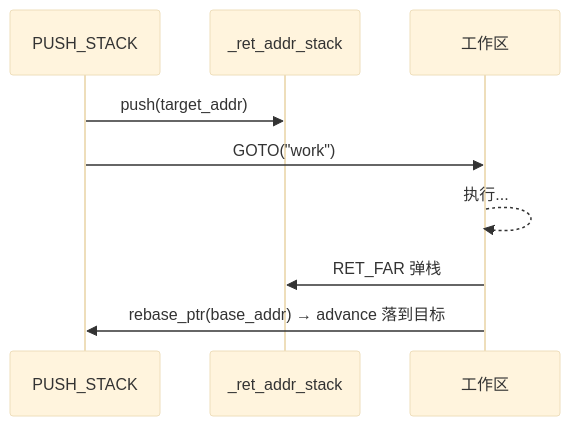
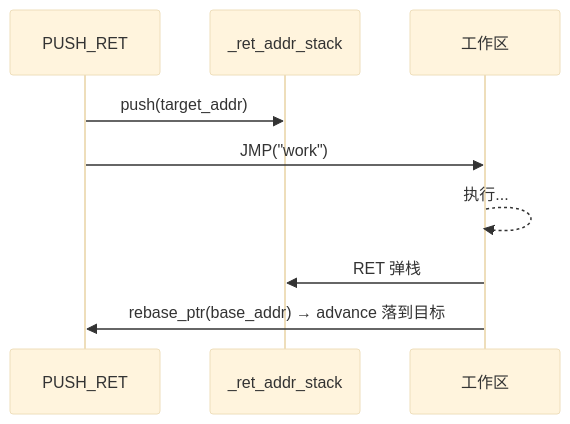
The diagram in docs/zh/guide/practice/manual-stack-management.md (AmritaBot/AmritaSense), drawn with Mermaid (base theme) before and after one commit. The commit also changed other lines of this file and 112 other files, not shown here.

````diff
--- a/docs/zh/guide/practice/manual-stack-management.md
+++ b/docs/zh/guide/practice/manual-stack-management.md
@@ -17,12 +17,12 @@
 ```mermaid
 sequenceDiagram
-    participant N as PUSH_STACK
+    participant N as PUSH_RET
     participant S as _ret_addr_stack
     participant W as 工作区
 
     N->>S: push(target_addr)
-    N->>W: GOTO("work")
+    N->>W: JMP("work")
     W-->>W: 执行...
-    W->>S: RET_FAR 弹栈
+    W->>S: RET 弹栈
     W->>N: rebase_ptr(base_addr) → advance 落到目标
 ```
````
